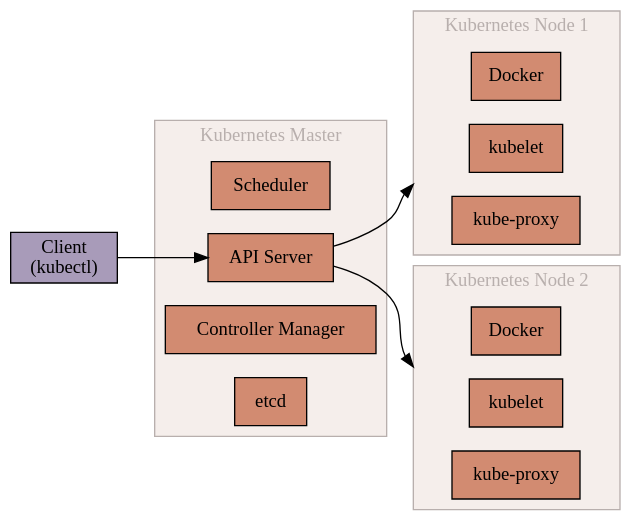
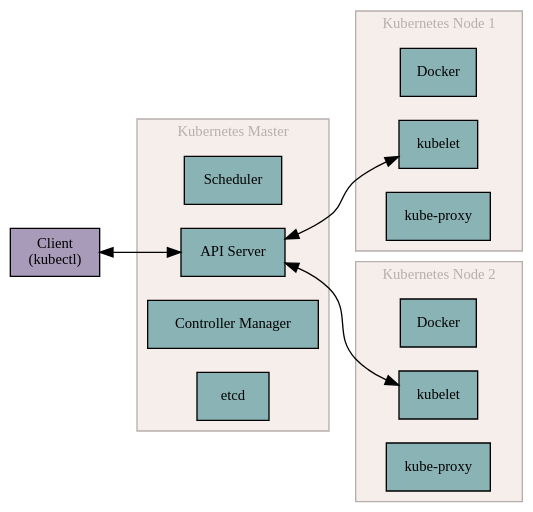
Before and after one commit to hnarayanan/harishnarayanan.org: the diagram in static/images/writing/kubernetes-django/kubernetes-architecture.dot, drawn with Graphviz. The commit also changed 1 other file, not shown here.

Commit message:
Update architecture graphic

```diff
--- a/static/images/writing/kubernetes-django/kubernetes-architecture.dot
+++ b/static/images/writing/kubernetes-django/kubernetes-architecture.dot
@@ -1,49 +1,49 @@
 digraph KubernetesArchitecture {
     bgcolor = "transparent";
     rankdir = "LR";
-    node [shape=box, style=filled, fillcolor="#d28b71"];
+    node [shape=box, style=filled, fillcolor="#8ab3b5"];
     compound=true;
 
-    subgraph clusterClient {
-        style = invis;
+    graph [fontsize=11];
+    node [fontsize=11];
+    edge [fontname=11];
         client [label="Client\n(kubectl)", fillcolor="#a89bb9"];
-    };
 
     subgraph clusterMaster {
         label = "Kubernetes Master";
         fontcolor = "#b8afad";
         color = "#b8afad";
         bgcolor = "#f5eeeb";
 	scheduler [label="Scheduler"];
 	API [label="API Server"];
 	controller_manager [label="Controller Manager"];
 	etcd;
         color = "#b8afad";
     }
 
     subgraph clusterNode1 {
         label = "Kubernetes Node 1";
         fontcolor = "#b8afad";
         color = "#b8afad";
         bgcolor = "#f5eeeb";
 	Docker;
 	kubelet;
 	Proxy [label="kube-proxy"];
         color = "#b8afad";
     };
 
     subgraph clusterNode2 {
         label = "Kubernetes Node 2";
         fontcolor = "#b8afad";
         color = "#b8afad";
         bgcolor = "#f5eeeb";
 	Docker2 [label="Docker"];
 	kubelet2 [label="kubelet"];
 	Proxy2 [label="kube-proxy"];
         color = "#b8afad";
     };
 
-    client -> API;
-    API -> kubelet[lhead="clusterNode1"];
-    API -> kubelet2[lhead="clusterNode2"];
+    client -> API [dir="both"];
+    API -> kubelet [dir="both"];
+    API -> kubelet2 [dir="both"];
 }
```
